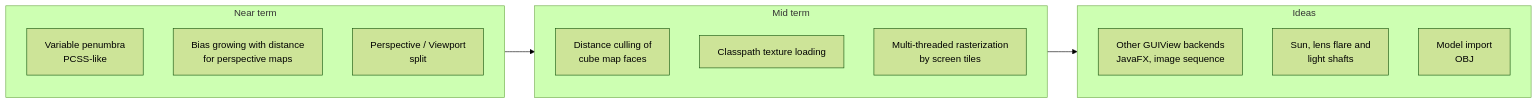
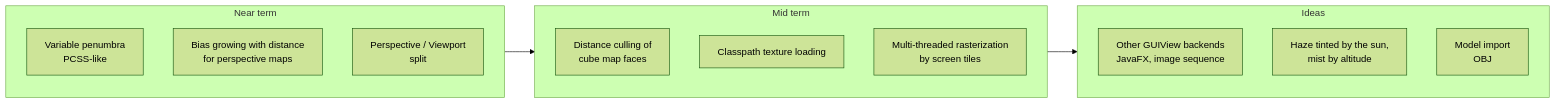
Before and after one commit to obarry/Aventura: diagram 21 of 21 in docs/DESIGN.md, drawn with Mermaid (forest theme). The commit also changed other lines of this file and 20 other files, not shown here.

````diff
--- a/docs/DESIGN.md
+++ b/docs/DESIGN.md
@@ -890,19 +932,19 @@
 ```mermaid
 flowchart LR
     subgraph NOW["Near term"]
         n1[Variable penumbra<br/>PCSS-like]
         n2[Bias growing with distance<br/>for perspective maps]
         n4[Perspective / Viewport<br/>split]
     end
     subgraph NEXT["Mid term"]
         m1[Distance culling of<br/>cube map faces]
         m2[Classpath texture loading]
         m3[Multi-threaded rasterization<br/>by screen tiles]
     end
     subgraph LATER["Ideas"]
         l1[Other GUIView backends<br/>JavaFX, image sequence]
-        l2[Sun, lens flare and<br/>light shafts]
+        l2[Haze tinted by the sun,<br/>mist by altitude]
         l3[Model import<br/>OBJ]
     end
     NOW --> NEXT --> LATER
 ```
````
